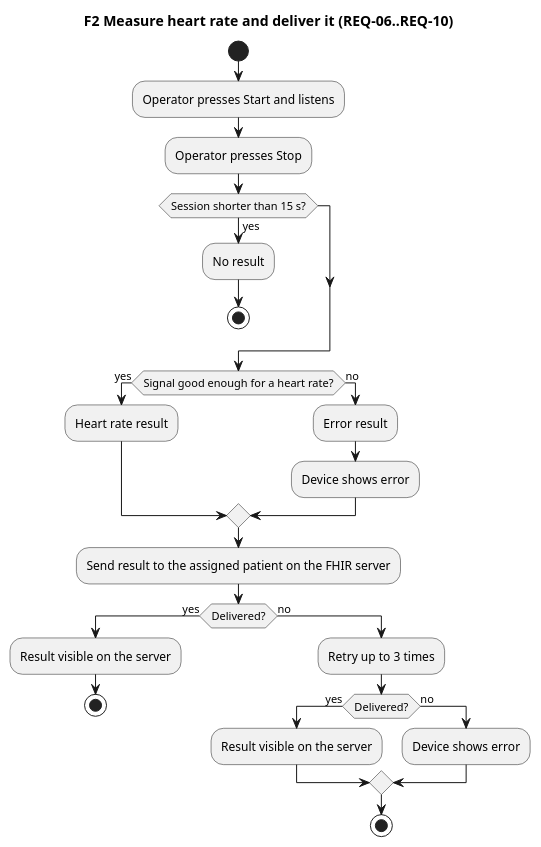
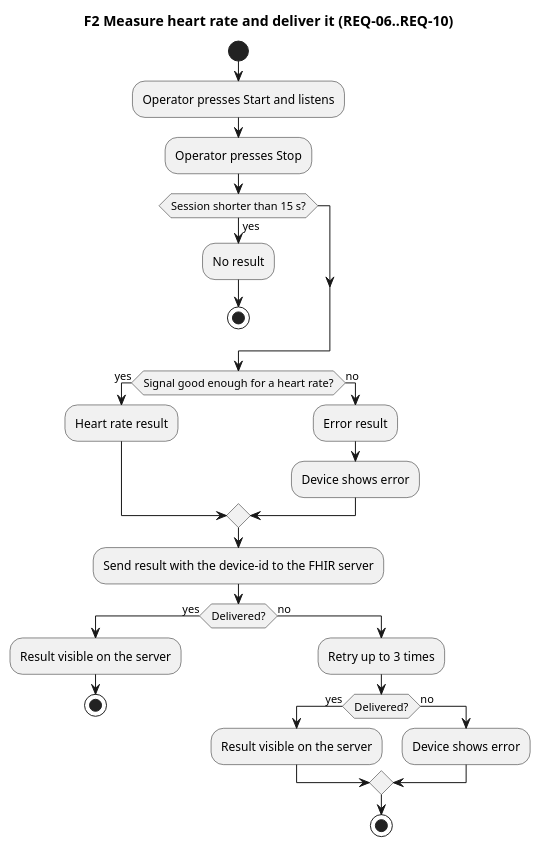
The diagram in Development/system/requirements/use-cases/uc-02-measure-and-deliver.puml (DemonicPsychoII/DigitalStethoscope), drawn with PlantUML before and after one commit. The commit also changed 33 other files, not shown here.

```diff
--- a/Development/system/requirements/use-cases/uc-02-measure-and-deliver.puml
+++ b/Development/system/requirements/use-cases/uc-02-measure-and-deliver.puml
@@ -1,31 +1,31 @@
 @startuml uc_02_measure_and_deliver
 skinparam shadowing false
 skinparam defaultFontName SansSerif
 title F2 Measure heart rate and deliver it (REQ-06..REQ-10)
 start
 :Operator presses Start and listens;
 :Operator presses Stop;
 if (Session shorter than 15 s?) then (yes)
  :No result;
  stop
 endif
 if (Signal good enough for a heart rate?) then (yes)
  :Heart rate result;
 else (no)
  :Error result;
  :Device shows error;
 endif
-:Send result to the assigned patient on the FHIR server;
+:Send result with the device-id to the FHIR server;
 if (Delivered?) then (yes)
  :Result visible on the server;
  stop
 else (no)
  :Retry up to 3 times;
  if (Delivered?) then (yes)
   :Result visible on the server;
  else (no)
   :Device shows error;
  endif
  stop
 endif
 @enduml
```
